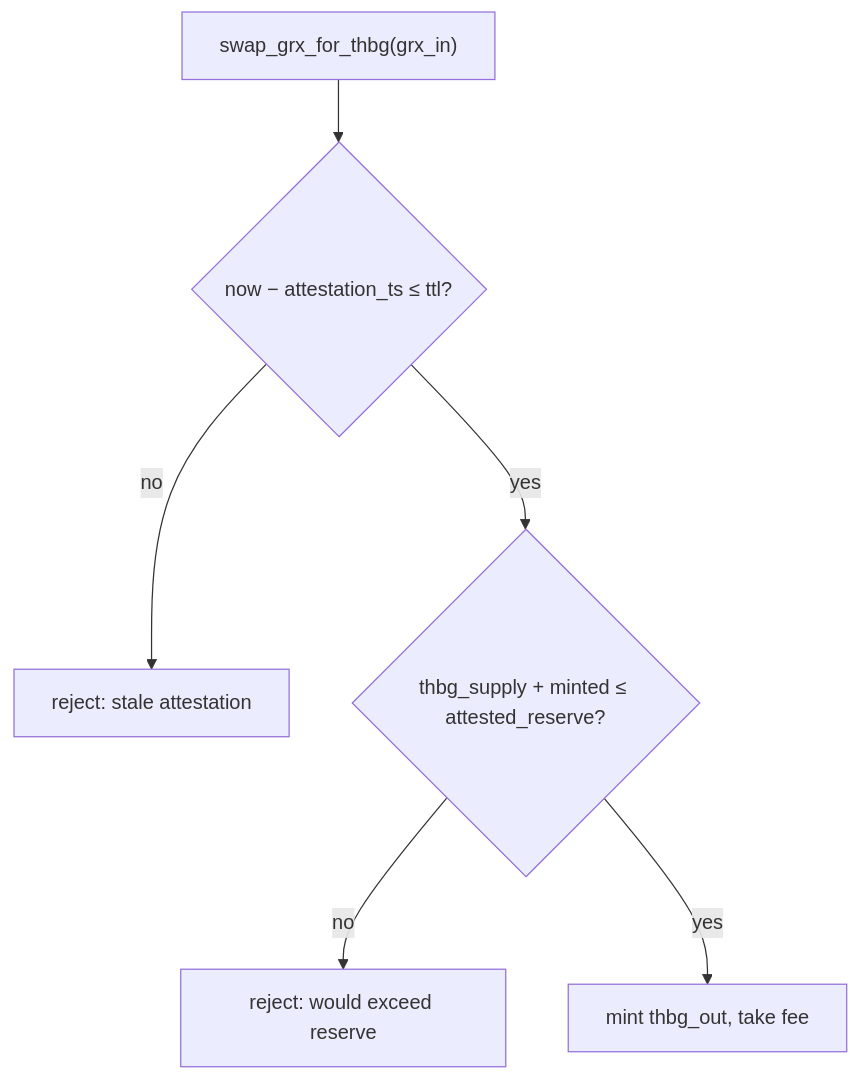
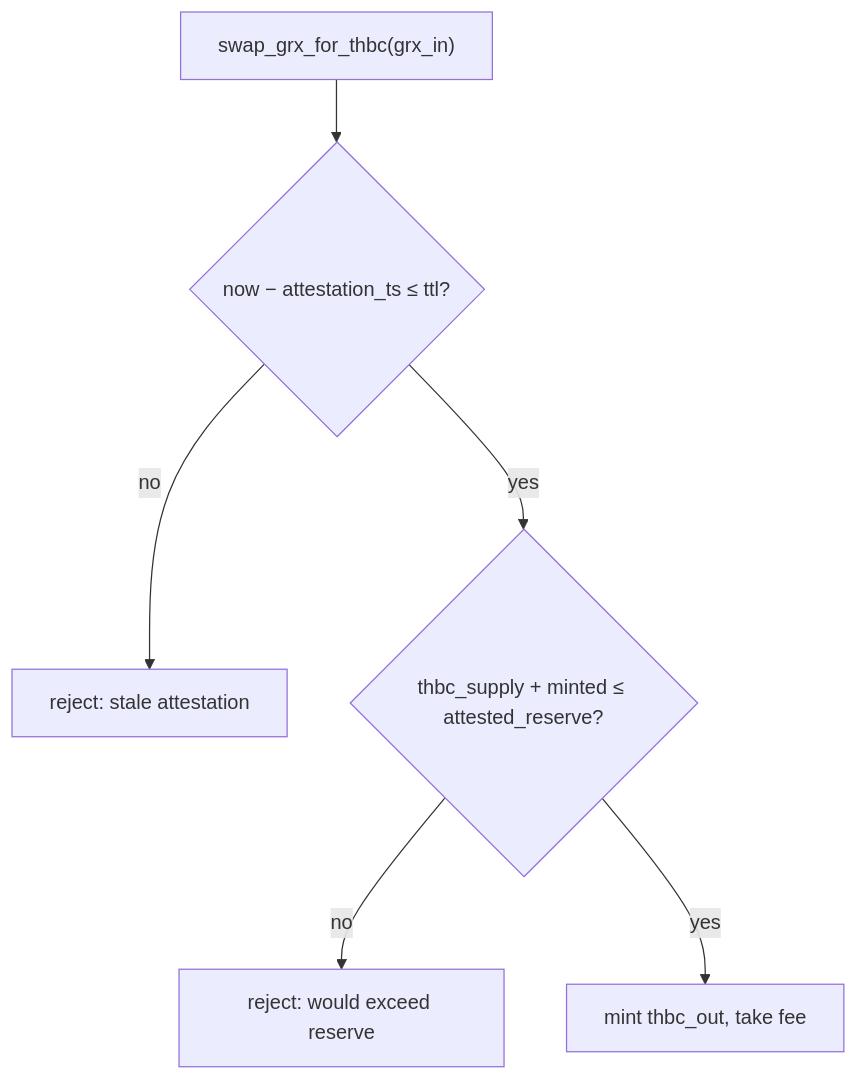
The first of 2 diagrams in docs/diagrams/treasury-peg-mechanics.md (NakaSato/gridtokenx-anchor), drawn with Mermaid before and after one commit. The commit also changed other lines of this file and 73 other files, not shown here.

First line of the commit message:
refactor: rename THBG stablecoin to THBC across programs, docs, tests

````diff
--- a/docs/diagrams/treasury-peg-mechanics.md
+++ b/docs/diagrams/treasury-peg-mechanics.md
@@ -36,8 +36,8 @@
 ```mermaid
 graph TD
-    SWAP["swap_grx_for_thbg(grx_in)"] --> F1{"now − attestation_ts ≤ ttl?"}
+    SWAP["swap_grx_for_thbc(grx_in)"] --> F1{"now − attestation_ts ≤ ttl?"}
     F1 -- no --> HALT1["reject: stale attestation"]
-    F1 -- yes --> F2{"thbg_supply + minted ≤ attested_reserve?"}
+    F1 -- yes --> F2{"thbc_supply + minted ≤ attested_reserve?"}
     F2 -- no --> HALT2["reject: would exceed reserve"]
-    F2 -- yes --> MINT["mint thbg_out, take fee"]
+    F2 -- yes --> MINT["mint thbc_out, take fee"]
 ```
````
